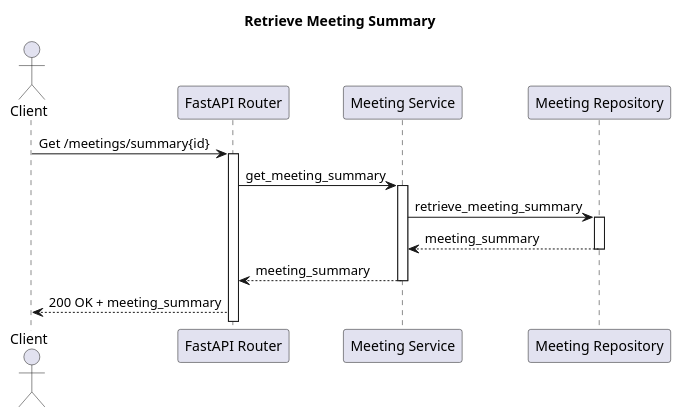
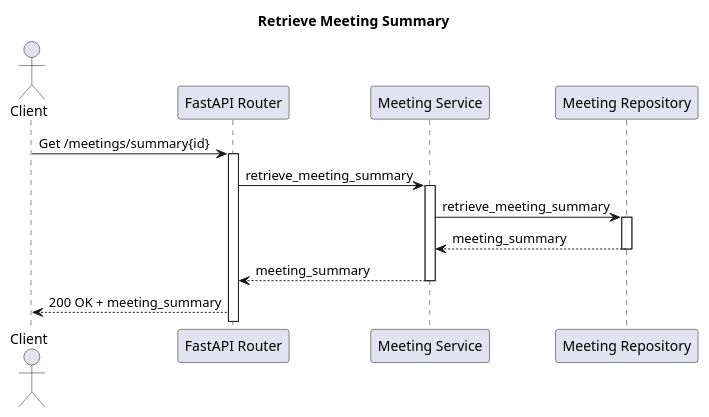
The diagram in Backend/docs/sequence_diagrams/retrieve_meeting_summary.pu (estebansuarezcalvoudc/Memento), drawn with PlantUML before and after one commit. The commit also changed 11 other files, not shown here.

```diff
--- a/Backend/docs/sequence_diagrams/retrieve_meeting_summary.pu
+++ b/Backend/docs/sequence_diagrams/retrieve_meeting_summary.pu
@@ -1,27 +1,27 @@
 @startuml Retrieve Meeting Summary
 
 title Retrieve Meeting Summary
 
 actor Client
 participant "FastAPI Router" as Router
 participant "Meeting Service" as Service
 participant "Meeting Repository" as Repository
 
 Client -> Router: Get /meetings/summary{id}
 
 activate Router
-Router -> Service: get_meeting_summary
+Router -> Service: retrieve_meeting_summary
 
 activate Service
 Service -> Repository: retrieve_meeting_summary
 
 activate Repository
 Service <-- Repository: meeting_summary
 deactivate Repository
 
 Router <-- Service: meeting_summary
 deactivate Service
 
 Client <-- Router: 200 OK + meeting_summary
 
 @enduml
```
